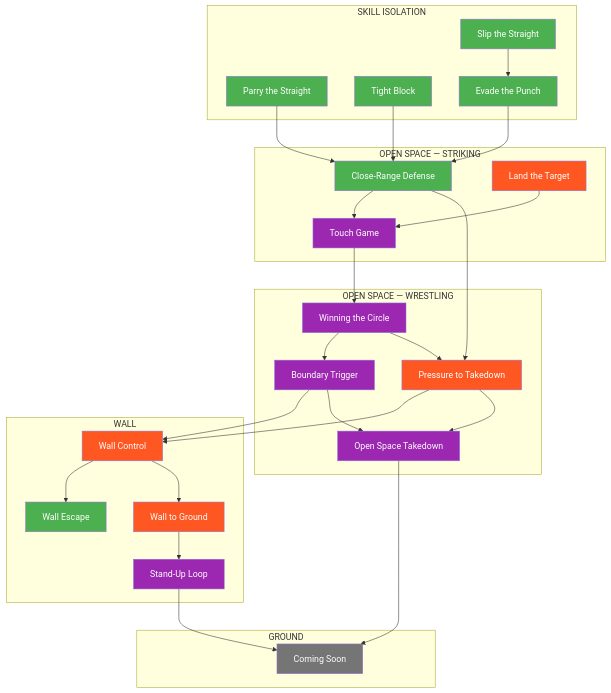
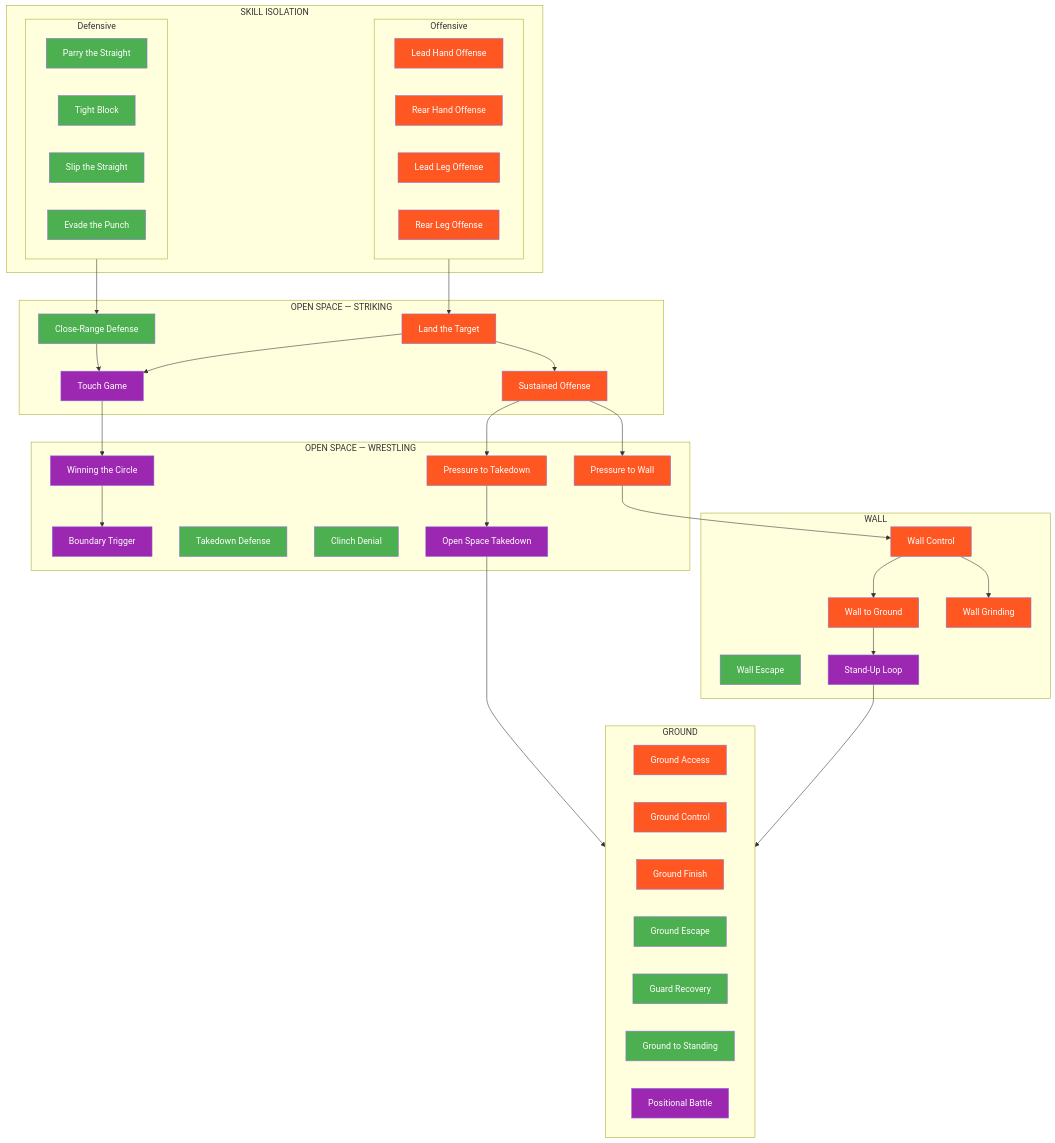
One commit to ACalienes/Ecological-MMA-Game-System changed the diagram in docs/games/index.md. Above: the diagram before and after it, drawn with Mermaid. The commit also changed other lines of this file and 24 other files, not shown here.

First line of the commit message:
Expand system to 31 games with full offensive/defensive symmetry

````diff
--- a/docs/games/index.md
+++ b/docs/games/index.md
@@ -22,15 +22,24 @@
 ```mermaid
 flowchart TD
     subgraph SKILL_ISO["SKILL ISOLATION"]
-        P[Parry the Straight]
-        TB[Tight Block]
-        SS[Slip the Straight]
-        EP[Evade the Punch]
+        subgraph SI_DEF["Defensive"]
+            P[Parry the Straight]
+            TB[Tight Block]
+            SS[Slip the Straight]
+            EP[Evade the Punch]
+        end
+        subgraph SI_OFF["Offensive"]
+            LHO[Lead Hand Offense]
+            RHO[Rear Hand Offense]
+            LLO[Lead Leg Offense]
+            RLO[Rear Leg Offense]
+        end
     end
 
     subgraph OPEN_STRIKING["OPEN SPACE — STRIKING"]
         CRD[Close-Range Defense]
         LT[Land the Target]
+        SO[Sustained Offense]
         TG[Touch Game]
     end
 
@@ -38,6 +47,9 @@
         WC[Winning the Circle]
         BT[Boundary Trigger]
         PTT[Pressure to Takedown]
+        PTW[Pressure to Wall]
+        TDD[Takedown Defense]
+        CD[Clinch Denial]
         OST[Open Space Takedown]
     end
 
@@ -45,43 +57,37 @@
         WCon[Wall Control]
         WE[Wall Escape]
         WG[Wall to Ground]
+        WGr[Wall Grinding]
         SUL[Stand-Up Loop]
     end
 
     subgraph GROUND["GROUND"]
-        GRD[Coming Soon]
+        GA[Ground Access]
+        GC[Ground Control]
+        GF[Ground Finish]
+        GE[Ground Escape]
+        GR[Guard Recovery]
+        GTS[Ground to Standing]
+        PB[Positional Battle]
     end
 
-    %% Skill Isolation flows
-    P --> CRD
-    TB --> CRD
-    SS --> EP
-    EP --> CRD
-
-    %% Offensive/Defensive convergence
+    %% Key flows
+    SI_DEF --> CRD
+    SI_OFF --> LT
+    LT --> SO
     CRD --> TG
     LT --> TG
-
-    %% Open Space progression
     TG --> WC
     WC --> BT
-
-    %% Wrestling progression
-    BT --> WCon
-    BT --> OST
-    CRD --> PTT
-    WC --> PTT
-    PTT --> WCon
+    SO --> PTT
+    SO --> PTW
     PTT --> OST
-
-    %% Wall progression
-    WCon --> WE
+    PTW --> WCon
+    WCon --> WGr
     WCon --> WG
     WG --> SUL
-
-    %% To Ground
-    OST --> GRD
-    SUL --> GRD
+    OST --> GROUND
+    SUL --> GROUND
 
     %% Styling by focus
     style P fill:#4CAF50,color:#fff
@@ -90,17 +96,31 @@
     style EP fill:#4CAF50,color:#fff
     style CRD fill:#4CAF50,color:#fff
     style WE fill:#4CAF50,color:#fff
+    style TDD fill:#4CAF50,color:#fff
+    style CD fill:#4CAF50,color:#fff
+    style GE fill:#4CAF50,color:#fff
+    style GR fill:#4CAF50,color:#fff
+    style GTS fill:#4CAF50,color:#fff
 
+    style LHO fill:#FF5722,color:#fff
+    style RHO fill:#FF5722,color:#fff
+    style LLO fill:#FF5722,color:#fff
+    style RLO fill:#FF5722,color:#fff
     style LT fill:#FF5722,color:#fff
+    style SO fill:#FF5722,color:#fff
     style PTT fill:#FF5722,color:#fff
+    style PTW fill:#FF5722,color:#fff
     style WCon fill:#FF5722,color:#fff
     style WG fill:#FF5722,color:#fff
+    style WGr fill:#FF5722,color:#fff
+    style GA fill:#FF5722,color:#fff
+    style GC fill:#FF5722,color:#fff
+    style GF fill:#FF5722,color:#fff
 
     style TG fill:#9C27B0,color:#fff
     style WC fill:#9C27B0,color:#fff
     style BT fill:#9C27B0,color:#fff
     style OST fill:#9C27B0,color:#fff
     style SUL fill:#9C27B0,color:#fff
-
-    style GRD fill:#757575,color:#fff
+    style PB fill:#9C27B0,color:#fff
 ```
````
